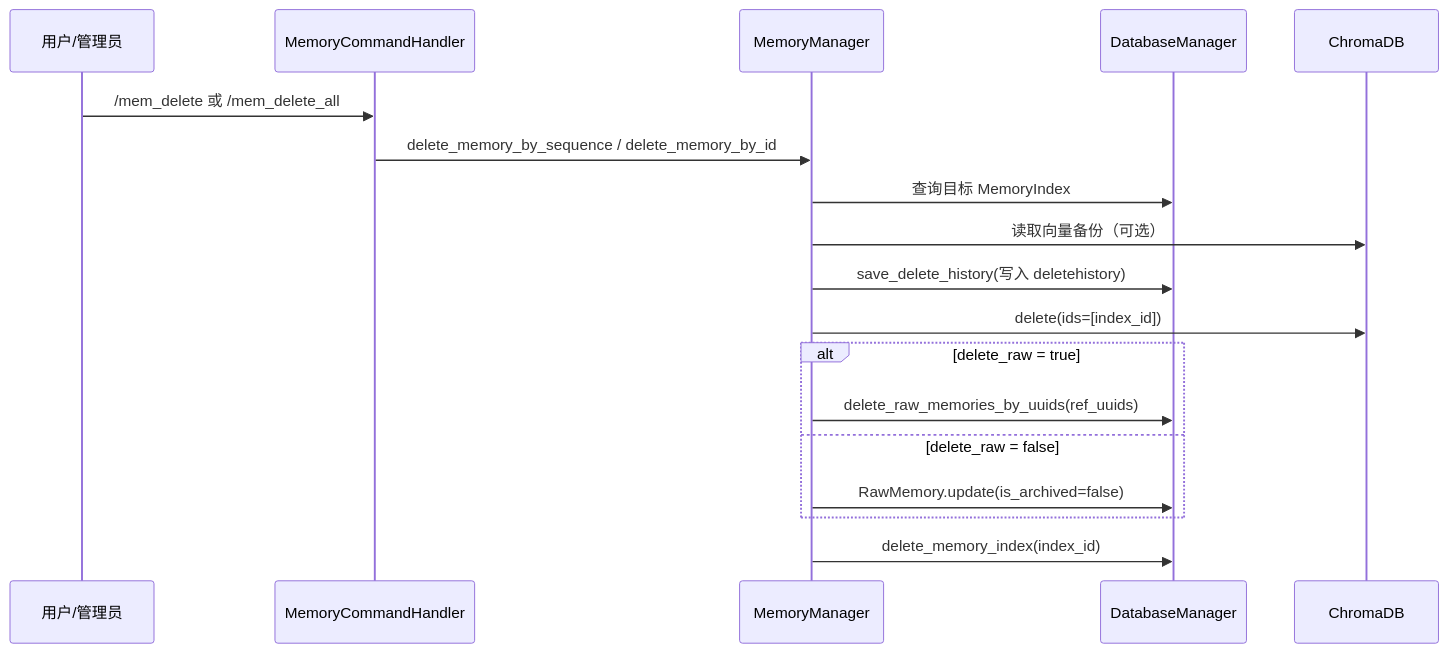
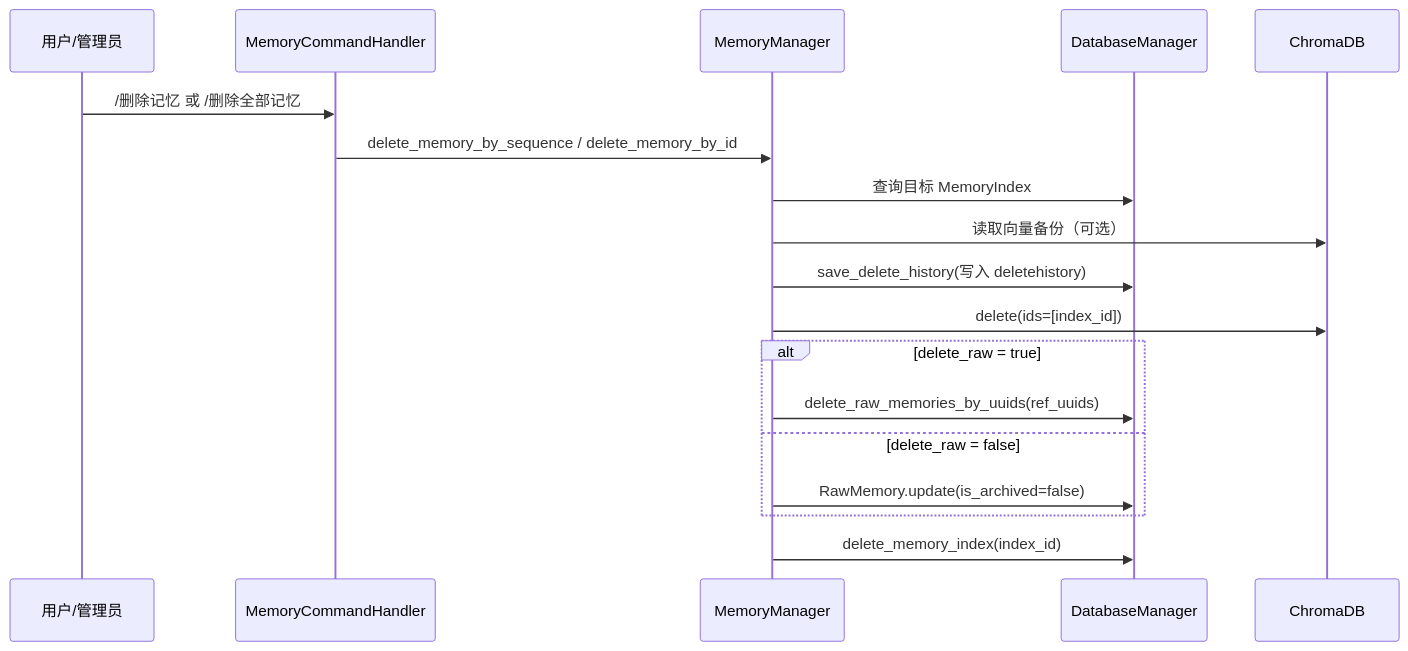
The tenth of 15 diagrams in docs/主流程时序文档.md (victical/astrbot_plugin_engram), drawn with Mermaid before and after one commit. The commit also changed other lines of this file and 19 other files, not shown here.

````diff
--- a/docs/主流程时序文档.md
+++ b/docs/主流程时序文档.md
@@ -391,21 +391,21 @@
 ```mermaid
 sequenceDiagram
     participant User as 用户/管理员
     participant Handler as MemoryCommandHandler
     participant MM as MemoryManager
     participant DB as DatabaseManager
     participant Chroma as ChromaDB
 
-    User->>Handler: /mem_delete 或 /mem_delete_all
+    User->>Handler: /删除记忆 或 /删除全部记忆
     Handler->>MM: delete_memory_by_sequence / delete_memory_by_id
     MM->>DB: 查询目标 MemoryIndex
     MM->>Chroma: 读取向量备份（可选）
     MM->>DB: save_delete_history(写入 deletehistory)
     MM->>Chroma: delete(ids=[index_id])
     alt delete_raw = true
         MM->>DB: delete_raw_memories_by_uuids(ref_uuids)
     else delete_raw = false
         MM->>DB: RawMemory.update(is_archived=false)
     end
     MM->>DB: delete_memory_index(index_id)
 ```
````
